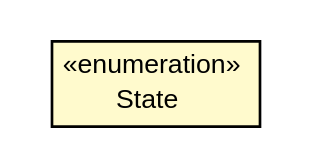
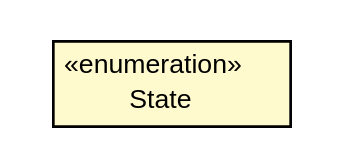
Before and after one commit to growbit/turbogwt-core: the diagram in javadoc/apidocs/org/turbogwt/core/future/shared/Promise.State.dot, drawn with Graphviz. The commit also changed 235 other files, not shown here.

```diff
--- a/javadoc/apidocs/org/turbogwt/core/future/shared/Promise.State.dot
+++ b/javadoc/apidocs/org/turbogwt/core/future/shared/Promise.State.dot
@@ -1,20 +1,20 @@
 #!/usr/local/bin/dot
 #
 # Class diagram 
 # Generated by UMLGraph version R5_6-24-gf6e263 (http://www.umlgraph.org/)
 #
 
 digraph G {
-	edge [fontname="arial",fontsize=10,labelfontname="arial",labelfontsize=10];
-	node [fontname="arial",fontsize=10,shape=plaintext];
+	edge [fontname="Helvetica",fontsize=10,labelfontname="Helvetica",labelfontsize=10];
+	node [fontname="Helvetica",fontsize=10,shape=plaintext];
 	nodesep=0.25;
 	ranksep=0.5;
 	rankdir=LR;
 	// org.turbogwt.core.future.shared.Promise.State
-	c1093 [label=<<table title="org.turbogwt.core.future.shared.Promise.State" border="0" cellborder="1" cellspacing="0" cellpadding="2" port="p" bgcolor="lemonChiffon" href="./Promise.State.html">
+	c1164 [label=<<table title="org.turbogwt.core.future.shared.Promise.State" border="0" cellborder="1" cellspacing="0" cellpadding="2" port="p" bgcolor="lemonChiffon" href="./Promise.State.html">
 		<tr><td><table border="0" cellspacing="0" cellpadding="1">
 <tr><td align="center" balign="center"> &#171;enumeration&#187; </td></tr>
 <tr><td align="center" balign="center"> State </td></tr>
 		</table></td></tr>
-		</table>>, URL="./Promise.State.html", fontname="arial", fontcolor="black", fontsize=10.0];
+		</table>>, URL="./Promise.State.html", fontname="Helvetica", fontcolor="black", fontsize=10.0];
 }
```
